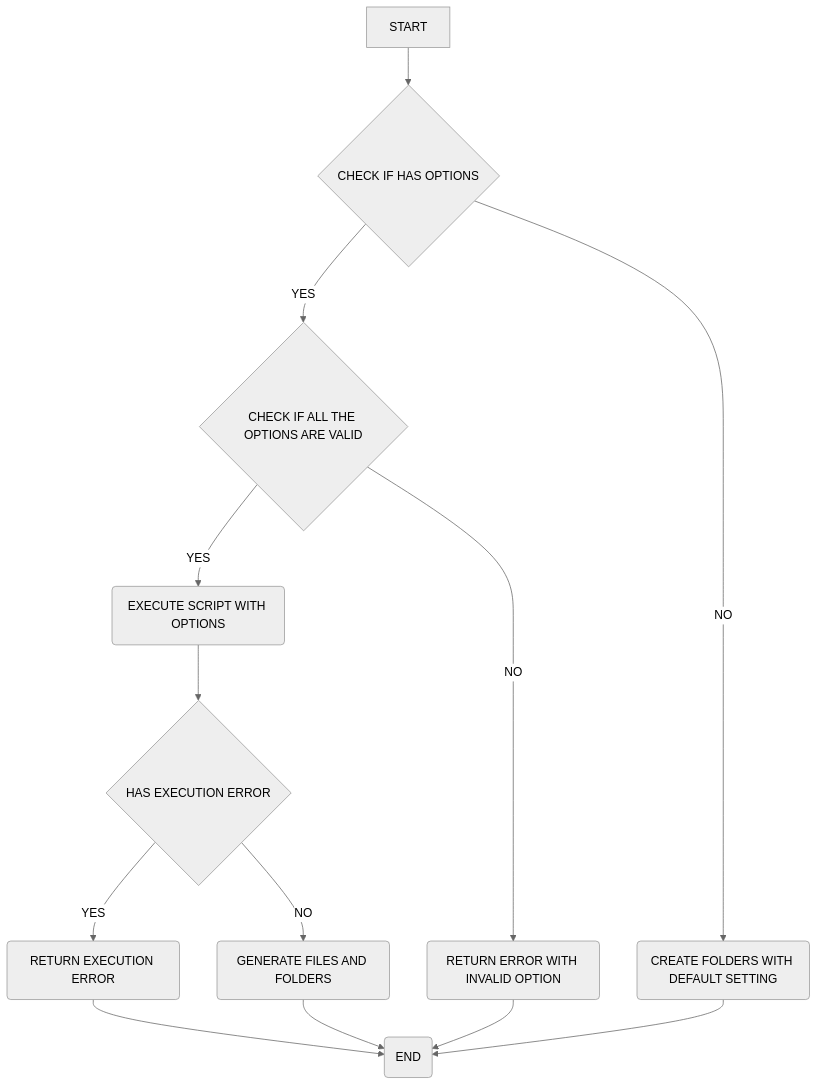
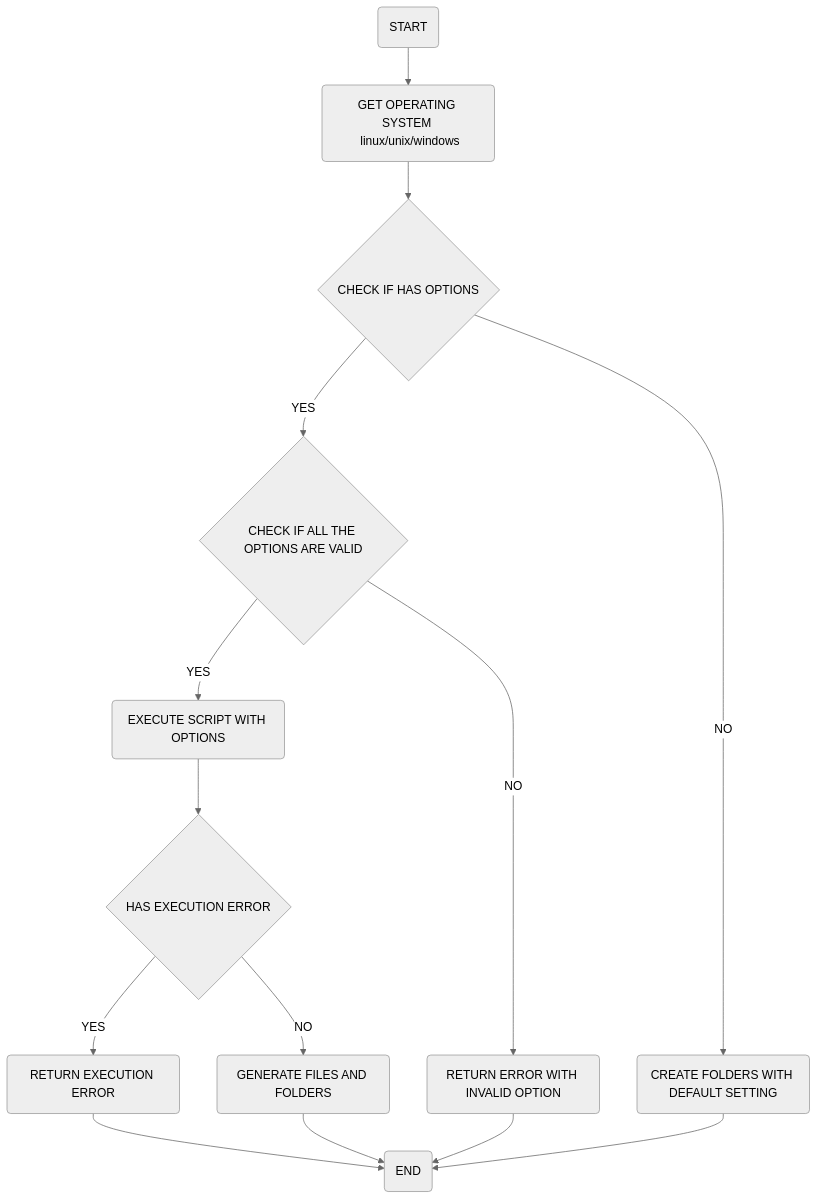
Before and after one commit to sabi1125/CodeSeed: the diagram in diagrams/markdown/flowchart.md, drawn with Mermaid (neutral theme).

Commit message:
chore: added os check in the flowchart

````diff
--- a/diagrams/markdown/flowchart.md
+++ b/diagrams/markdown/flowchart.md
@@ -1,15 +1,16 @@
 ```mermaid
 flowchart TD 
-A[START]                                 --> B
-B{CHECK IF HAS OPTIONS}                  --> |YES|C
-C{CHECK IF ALL THE OPTIONS ARE VALID}    --> |YES|D
-D(EXECUTE SCRIPT WITH OPTIONS)           --> E
-E{HAS EXECUTION ERROR}                   --> |YES|F
-F(RETURN EXECUTION ERROR)                --> Z
-G(GENERATE FILES AND FOLDERS)            --> Z(END)
-H(CREATE FOLDERS WITH DEFAULT SETTING)   --> Z
-I(RETURN ERROR WITH INVALID OPTION)      --> Z
-E                                        --> |NO|G
-B                                        --> |NO|H
-C                                        --> |NO|I
+A(START)                                                --> a
+a(GET OPERATING SYSTEM </br> linux/unix/windows)        --> B
+B{CHECK IF HAS OPTIONS}                                 --> |YES|C
+C{CHECK IF ALL THE OPTIONS ARE VALID}                   --> |YES|D
+D(EXECUTE SCRIPT WITH OPTIONS)                          --> E
+E{HAS EXECUTION ERROR}                                  --> |YES|F
+F(RETURN EXECUTION ERROR)                               --> Z
+G(GENERATE FILES AND FOLDERS)                           --> Z(END)
+H(CREATE FOLDERS WITH DEFAULT SETTING)                  --> Z
+I(RETURN ERROR WITH INVALID OPTION)                     --> Z
+E                                                       --> |NO|G
+B                                                       --> |NO|H
+C                                                       --> |NO|I
 ```
````
